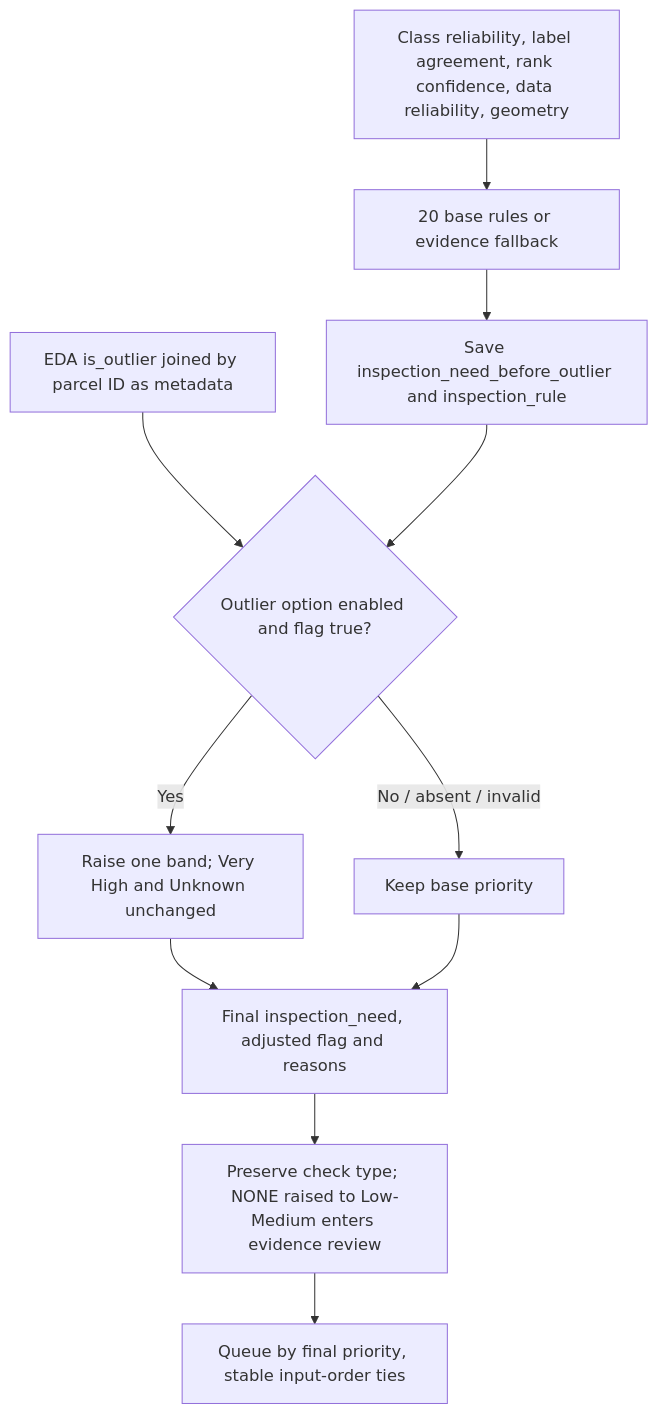
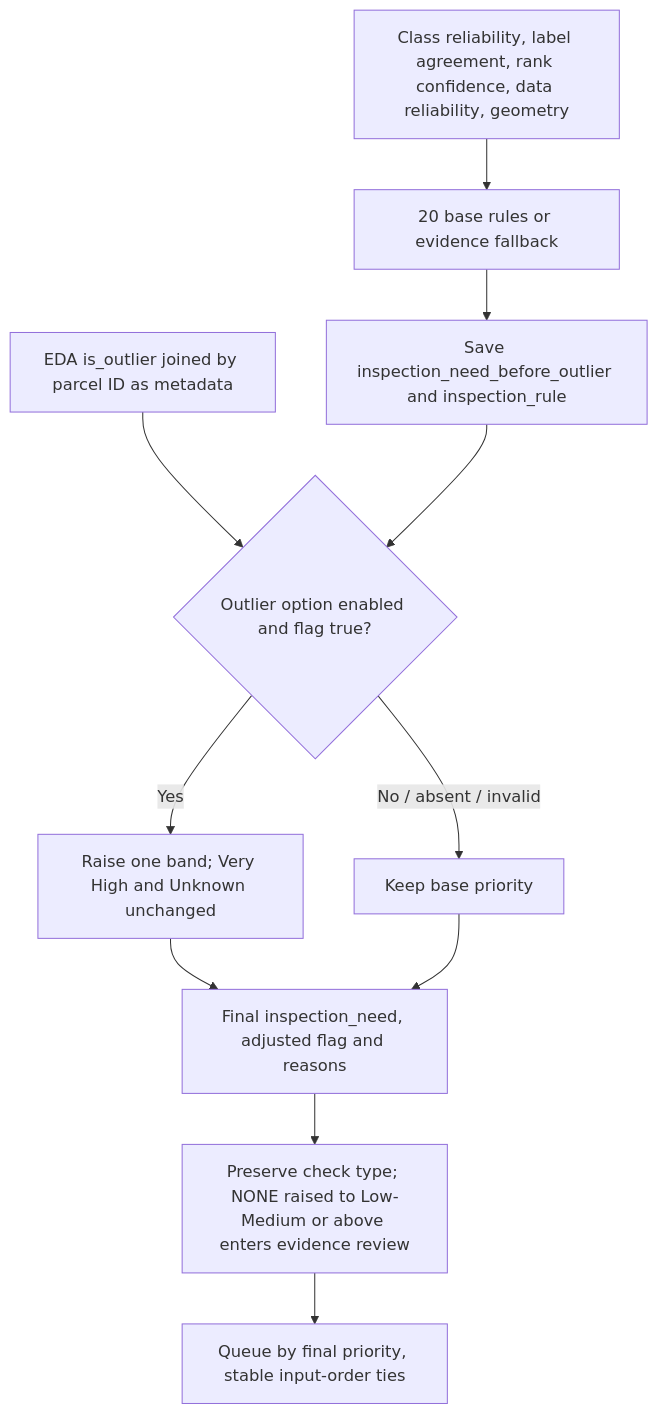
One commit to EleniLouvari/satellites changed the diagram in docs/ml_classification/INSPECTION_PRIORITY_DECISION_TABLE.md. Above: the diagram before and after it, drawn with Mermaid. The commit also changed other lines of this file and 41 other files, not shown here.

````diff
--- a/docs/ml_classification/INSPECTION_PRIORITY_DECISION_TABLE.md
+++ b/docs/ml_classification/INSPECTION_PRIORITY_DECISION_TABLE.md
@@ -69,13 +103,13 @@
 ```mermaid
 flowchart TD
     Evidence[Class reliability, label agreement, rank confidence, data reliability, geometry] --> Base[20 base rules or evidence fallback]
     EDA[EDA is_outlier joined by parcel ID as metadata] --> Enabled{Outlier option enabled and flag true?}
     Base --> Before[Save inspection_need_before_outlier and inspection_rule]
     Before --> Enabled
     Enabled -->|Yes| Raise[Raise one band; Very High and Unknown unchanged]
     Enabled -->|No / absent / invalid| Keep[Keep base priority]
     Raise --> Audit[Final inspection_need, adjusted flag and reasons]
     Keep --> Audit
-    Audit --> Queue[Preserve check type; NONE raised to Low-Medium enters evidence review]
+    Audit --> Queue[Preserve check type; NONE raised to Low-Medium or above enters evidence review]
     Queue --> Sort[Queue by final priority, stable input-order ties]
 ```
````
